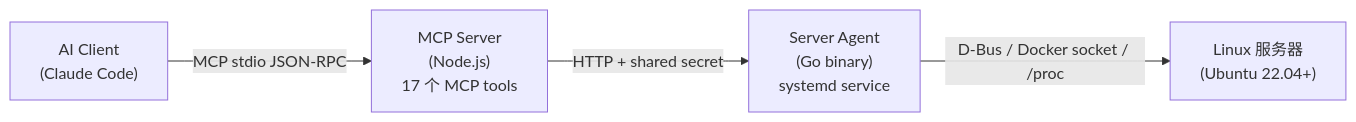
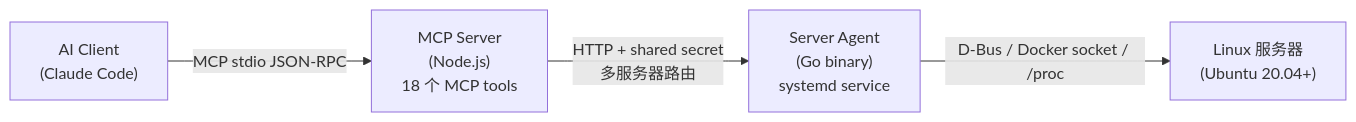
Before and after one commit to Ye-Yu-Mo/AI-SRE-Agent: the diagram in README.md, drawn with Mermaid. The commit also changed other lines of this file, not shown here.

Commit message:
docs: update README for v0.5.0 — Web Console, multi-server, auto-update, M5 completion

````diff
--- a/README.md
+++ b/README.md
@@ -9,6 +9,6 @@
 ```mermaid
 flowchart LR
-    A["AI Client<br/>(Claude Code)"] -->|"MCP stdio JSON-RPC"| B["MCP Server<br/>(Node.js)<br/>17 个 MCP tools"]
-    B -->|"HTTP + shared secret"| C["Server Agent<br/>(Go binary)<br/>systemd service"]
-    C -->|"D-Bus / Docker socket / /proc"| D["Linux 服务器<br/>(Ubuntu 22.04+)"]
+    A["AI Client<br/>(Claude Code)"] -->|"MCP stdio JSON-RPC"| B["MCP Server<br/>(Node.js)<br/>18 个 MCP tools"]
+    B -->|"HTTP + shared secret<br/>多服务器路由"| C["Server Agent<br/>(Go binary)<br/>systemd service"]
+    C -->|"D-Bus / Docker socket / /proc"| D["Linux 服务器<br/>(Ubuntu 20.04+)"]
 ```
````
